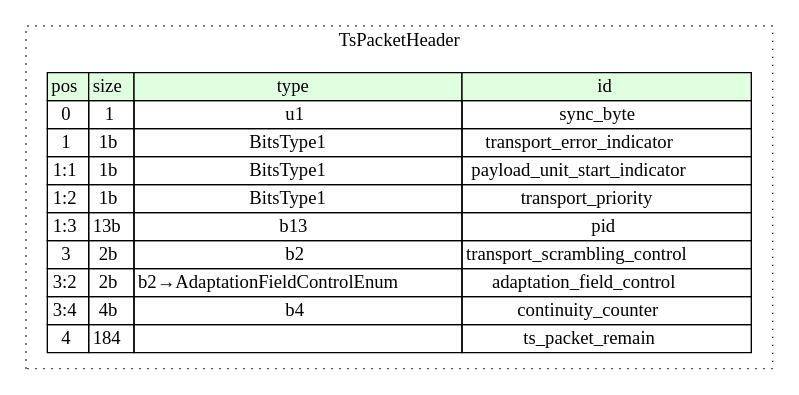
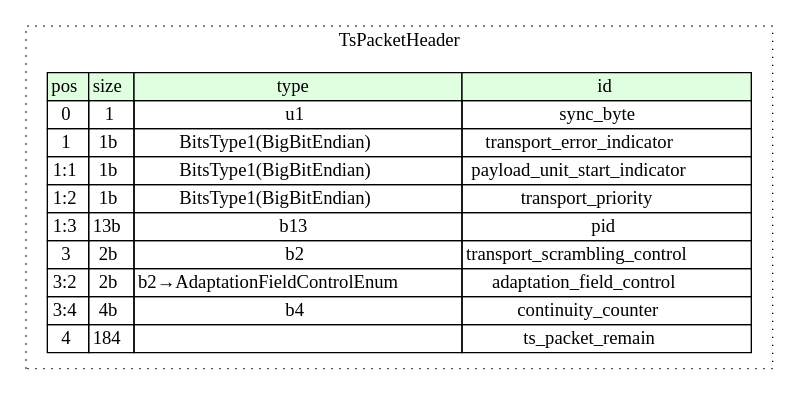
The diagram in compiled/graphviz/ts_packet_header.dot (kaitai-io/ci_targets), drawn with Graphviz before and after one commit. The commit also changed 86 other files, not shown here.

```diff
--- a/compiled/graphviz/ts_packet_header.dot
+++ b/compiled/graphviz/ts_packet_header.dot
@@ -1,21 +1,21 @@
 digraph {
 	rankdir=LR;
 	node [shape=plaintext];
 	subgraph cluster__ts_packet_header {
 		label="TsPacketHeader";
 		graph[style=dotted];
 
 		ts_packet_header__seq [label=<<TABLE BORDER="0" CELLBORDER="1" CELLSPACING="0">
 			<TR><TD BGCOLOR="#E0FFE0">pos</TD><TD BGCOLOR="#E0FFE0">size</TD><TD BGCOLOR="#E0FFE0">type</TD><TD BGCOLOR="#E0FFE0">id</TD></TR>
 			<TR><TD PORT="sync_byte_pos">0</TD><TD PORT="sync_byte_size">1</TD><TD>u1</TD><TD PORT="sync_byte_type">sync_byte</TD></TR>
-			<TR><TD PORT="transport_error_indicator_pos">1</TD><TD PORT="transport_error_indicator_size">1b</TD><TD>BitsType1</TD><TD PORT="transport_error_indicator_type">transport_error_indicator</TD></TR>
-			<TR><TD PORT="payload_unit_start_indicator_pos">1:1</TD><TD PORT="payload_unit_start_indicator_size">1b</TD><TD>BitsType1</TD><TD PORT="payload_unit_start_indicator_type">payload_unit_start_indicator</TD></TR>
-			<TR><TD PORT="transport_priority_pos">1:2</TD><TD PORT="transport_priority_size">1b</TD><TD>BitsType1</TD><TD PORT="transport_priority_type">transport_priority</TD></TR>
+			<TR><TD PORT="transport_error_indicator_pos">1</TD><TD PORT="transport_error_indicator_size">1b</TD><TD>BitsType1(BigBitEndian)</TD><TD PORT="transport_error_indicator_type">transport_error_indicator</TD></TR>
+			<TR><TD PORT="payload_unit_start_indicator_pos">1:1</TD><TD PORT="payload_unit_start_indicator_size">1b</TD><TD>BitsType1(BigBitEndian)</TD><TD PORT="payload_unit_start_indicator_type">payload_unit_start_indicator</TD></TR>
+			<TR><TD PORT="transport_priority_pos">1:2</TD><TD PORT="transport_priority_size">1b</TD><TD>BitsType1(BigBitEndian)</TD><TD PORT="transport_priority_type">transport_priority</TD></TR>
 			<TR><TD PORT="pid_pos">1:3</TD><TD PORT="pid_size">13b</TD><TD>b13</TD><TD PORT="pid_type">pid</TD></TR>
 			<TR><TD PORT="transport_scrambling_control_pos">3</TD><TD PORT="transport_scrambling_control_size">2b</TD><TD>b2</TD><TD PORT="transport_scrambling_control_type">transport_scrambling_control</TD></TR>
 			<TR><TD PORT="adaptation_field_control_pos">3:2</TD><TD PORT="adaptation_field_control_size">2b</TD><TD>b2→AdaptationFieldControlEnum</TD><TD PORT="adaptation_field_control_type">adaptation_field_control</TD></TR>
 			<TR><TD PORT="continuity_counter_pos">3:4</TD><TD PORT="continuity_counter_size">4b</TD><TD>b4</TD><TD PORT="continuity_counter_type">continuity_counter</TD></TR>
 			<TR><TD PORT="ts_packet_remain_pos">4</TD><TD PORT="ts_packet_remain_size">184</TD><TD></TD><TD PORT="ts_packet_remain_type">ts_packet_remain</TD></TR>
 		</TABLE>>];
 	}
 }
```
